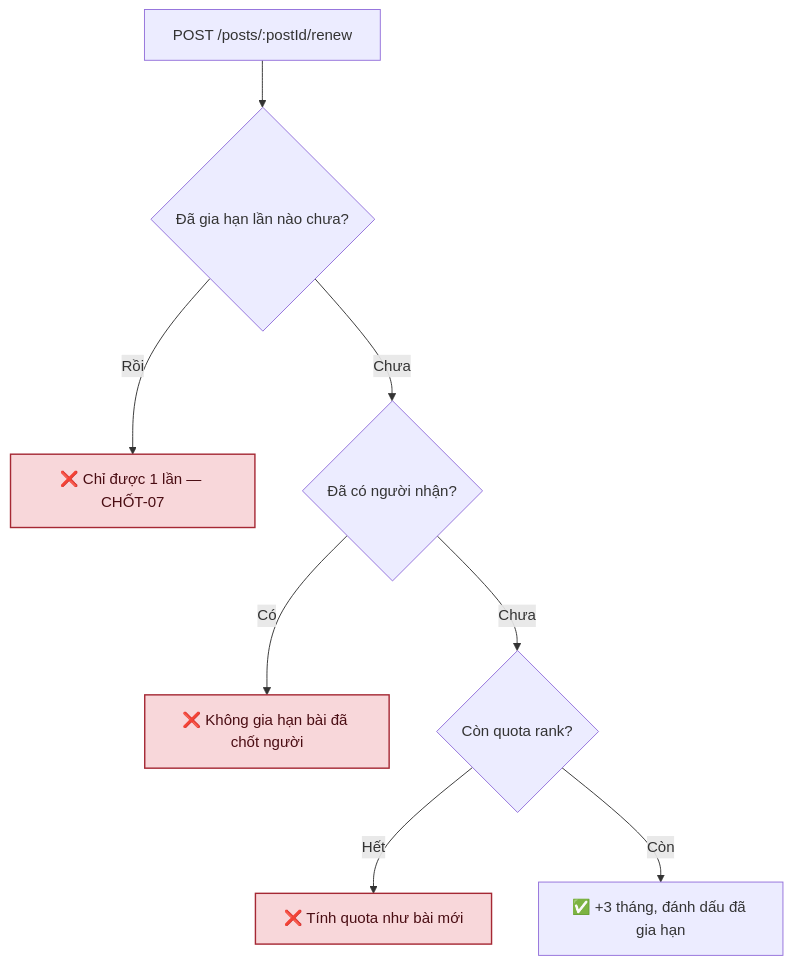
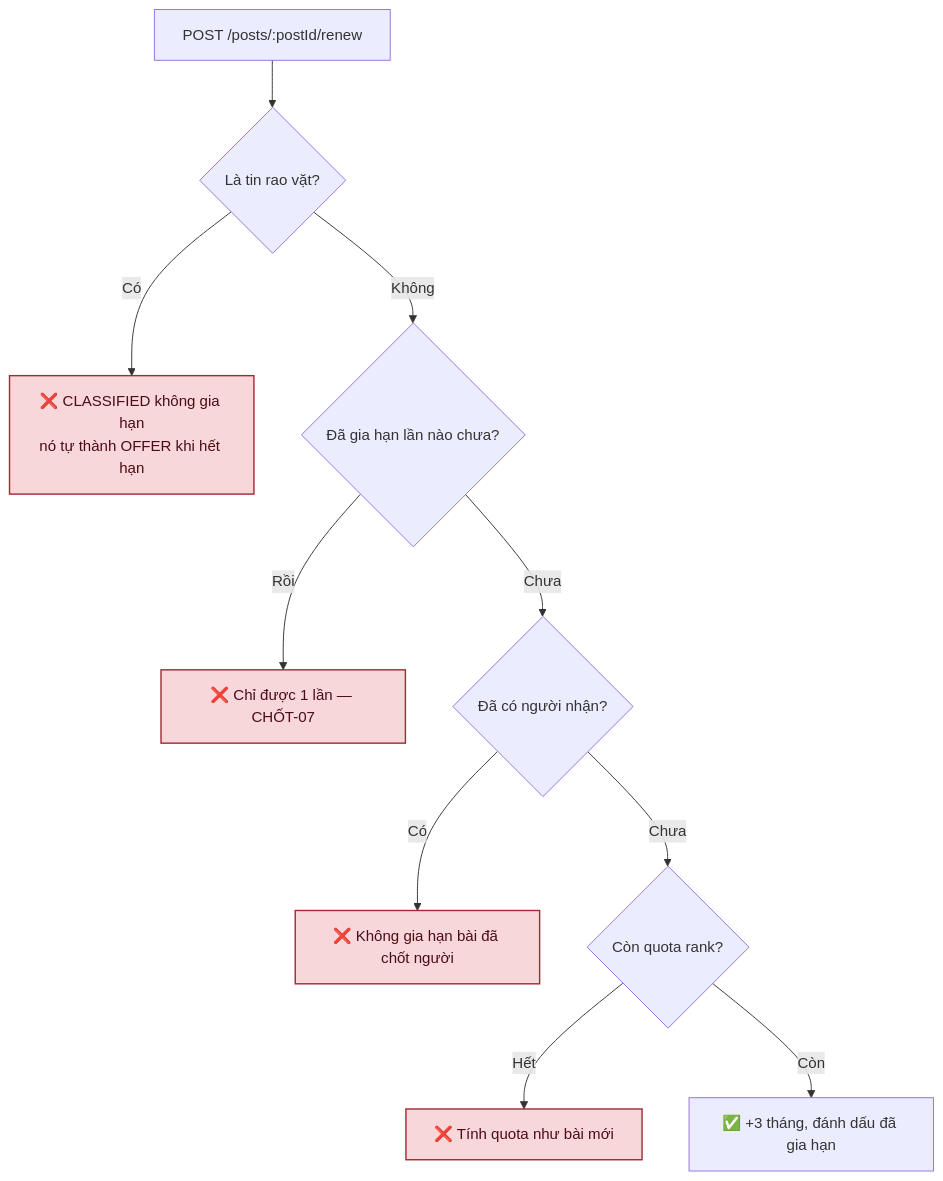
One commit to fdshn/trueheart changed the fifth of 7 diagrams in docs/diagram/04-post.md. Above: the diagram before and after it, drawn with Mermaid. The commit also changed other lines of this file and 13 other files, not shown here.

First line of the commit message:
feat(post): cấm sửa và gỡ bài khi đang có lượt trao

````diff
--- a/docs/diagram/04-post.md
+++ b/docs/diagram/04-post.md
@@ -123,14 +137,17 @@
 ```mermaid
 flowchart TD
-    A["POST /posts/:postId/renew"] --> B{Đã gia hạn lần nào chưa?}
+    A["POST /posts/:postId/renew"] --> A1{Là tin rao vặt?}
+    A1 -->|Có| A2["❌ CLASSIFIED không gia hạn<br/>nó tự thành OFFER khi hết hạn"]
+    A1 -->|Không| B{Đã gia hạn lần nào chưa?}
     B -->|Rồi| C[❌ Chỉ được 1 lần — CHỐT-07]
     B -->|Chưa| D{Đã có người nhận?}
     D -->|Có| E[❌ Không gia hạn bài đã chốt người]
     D -->|Chưa| F{Còn quota rank?}
     F -->|Hết| G[❌ Tính quota như bài mới]
     F -->|Còn| H[✅ +3 tháng, đánh dấu đã gia hạn]
 
+    style A2 fill:#f8d7da,stroke:#a52834,stroke-width:1.5px,color:#4a0d13
     style C fill:#f8d7da,stroke:#a52834,stroke-width:1.5px,color:#4a0d13
     style E fill:#f8d7da,stroke:#a52834,stroke-width:1.5px,color:#4a0d13
     style G fill:#f8d7da,stroke:#a52834,stroke-width:1.5px,color:#4a0d13
 ```
````
